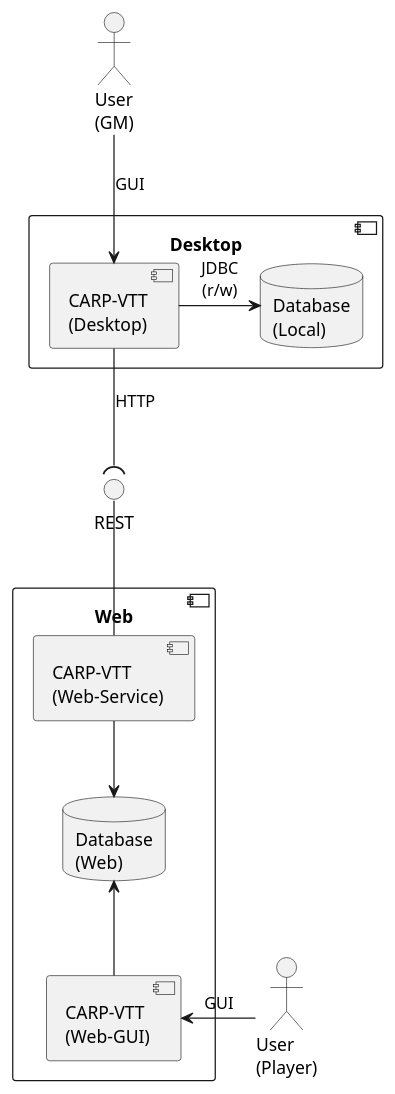
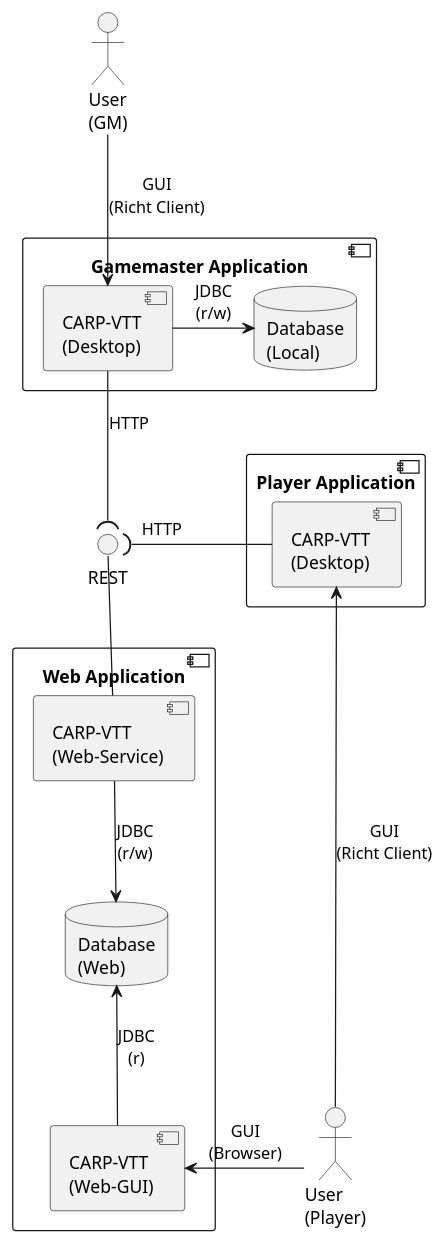
The diagram in docs/architecture/component-diagram-level-01.puml (greifentor/carp-vtt), drawn with PlantUML before and after one commit. The commit also changed 26 other files, not shown here.

```diff
--- a/docs/architecture/component-diagram-level-01.puml
+++ b/docs/architecture/component-diagram-level-01.puml
@@ -1,39 +1,49 @@
 @startuml
 
 
 actor GAMEMASTER as "User\n(GM)"
 actor PLAYER as "User\n(Player)"
 
-component Desktop {
+component DesktopGM as "Gamemaster Application" {
 
-    component DT as "CARP-VTT\n(Desktop)"
+    component DTGM as "CARP-VTT\n(Desktop)"
 
     database DBLC as "Database\n(Local)"
 
-    DT -R-> DBLC : "JDBC\n(r/w)"
+    DTGM -R-> DBLC : "JDBC\n(r/w)"
 
 }
 
 interface WSREST as "REST"
 
-component Web {
+component Web as "Web Application" {
 
     component WGUI as "CARP-VTT\n(Web-GUI)"
     component WS as "CARP-VTT\n(Web-Service)"
 
     database DBWB as "Database\n(Web)"
 
-    WS -D-> DBWB
-    WGUI -U-> DBWB
+    WS -D-> DBWB : "JDBC\n(r/w)"
+    WGUI -U-> DBWB : "JDBC\n(r)"
 
     WS -U- WSREST
 
 }
 
-GAMEMASTER --> DT : GUI
-PLAYER -L-> WGUI : GUI
+component DesktopPlayer as "Player Application" {
 
-DT -D-( WSREST : "HTTP"
+    component DTP as "CARP-VTT\n(Desktop)"
+
+}
+
+GAMEMASTER --> DTGM : "GUI\n(Richt Client)"
+
+PLAYER -L-> WGUI : "GUI\n(Browser)"
+PLAYER -U-> DTP : "GUI\n(Richt Client)"
+
+DTP -L-( WSREST : "HTTP                "
+
+DTGM -D-( WSREST : "HTTP"
 
 
 @enduml
```
